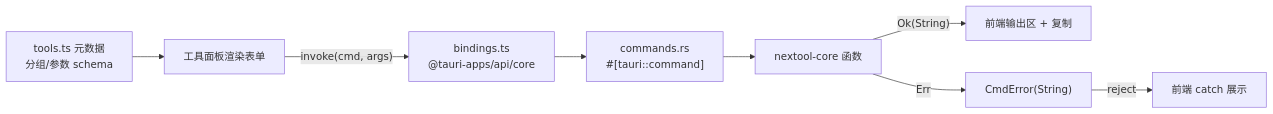
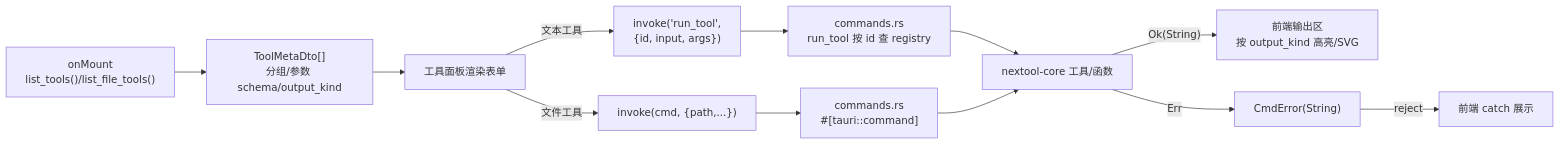
The second of 7 diagrams in docs/flow.md (int2t05/NexToolkit), drawn with Mermaid before and after one commit. The commit also changed other lines of this file and 57 other files, not shown here.

````diff
--- a/docs/flow.md
+++ b/docs/flow.md
@@ -20,10 +20,14 @@
 ```mermaid
 flowchart LR
-  TS["tools.ts 元数据<br/>分组/参数 schema"] --> UI["工具面板渲染表单"]
-  UI -->|"invoke(cmd, args)"| BIND["bindings.ts<br/>@tauri-apps/api/core"]
-  BIND --> CMD["commands.rs<br/>#[tauri::command]"]
-  CMD --> CORE["nextool-core 函数"]
-  CORE -->|"Ok(String)"| RESP["前端输出区 + 复制"]
+  MOUNT["onMount<br/>list_tools()/list_file_tools()"] --> META["ToolMetaDto[]<br/>分组/参数 schema/output_kind"]
+  META --> UI["工具面板渲染表单"]
+  UI -->|"文本工具"| RT["invoke('run_tool',<br/>{id, input, args})"]
+  UI -->|"文件工具"| FC["invoke(cmd, {path,...})"]
+  RT --> CMD["commands.rs<br/>run_tool 按 id 查 registry"]
+  FC --> CMD2["commands.rs<br/>#[tauri::command]"]
+  CMD --> CORE["nextool-core 工具/函数"]
+  CMD2 --> CORE
+  CORE -->|"Ok(String)"| RESP["前端输出区<br/>按 output_kind 高亮/SVG"]
   CORE -->|"Err"| CE["CmdError(String)"]
   CE -->|"reject"| CATCH["前端 catch 展示"]
 ```
````
